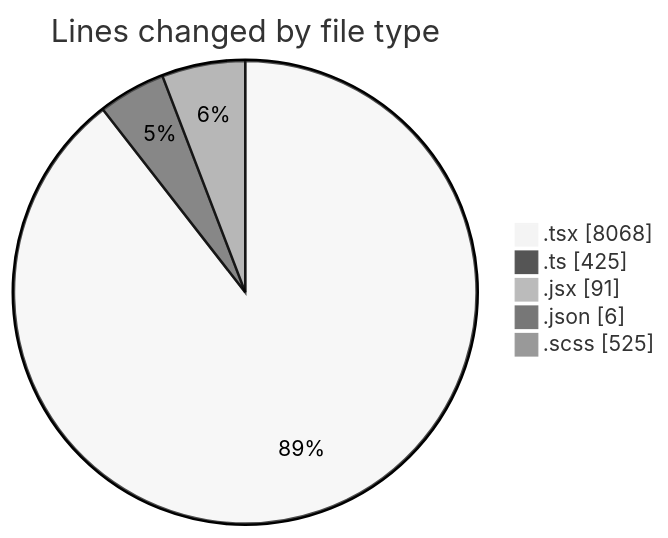
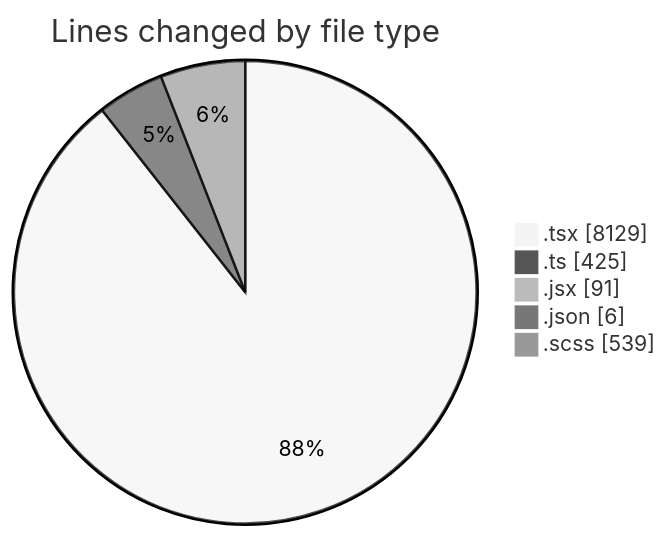
Before and after one commit to momahboobian/code-tracking: the first of 2 diagrams in 2026-04-27/cda/README.md, drawn with Mermaid (neutral theme). The commit also changed other lines of this file and 1 other file, not shown here.

````diff
--- a/2026-04-27/cda/README.md
+++ b/2026-04-27/cda/README.md
@@ -55,9 +55,9 @@
 ```mermaid
 pie showData
 title Lines changed by file type
-".tsx" : 8068
+".tsx" : 8129
 ".ts" : 425
 ".jsx" : 91
 ".json" : 6
-".scss" : 525
+".scss" : 539
 ```
````
